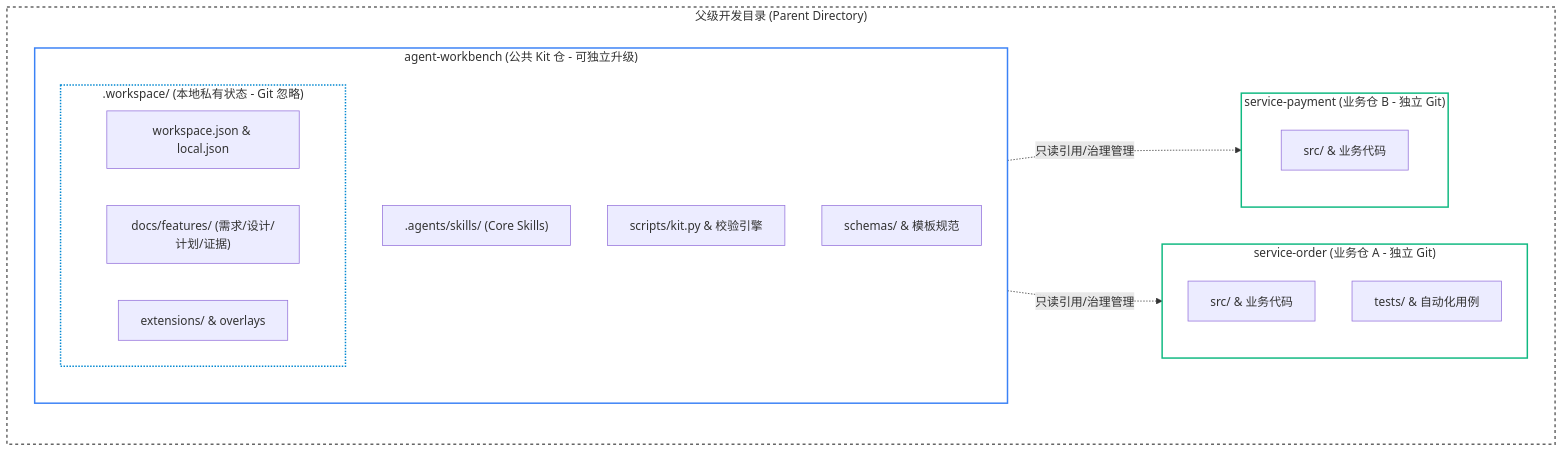
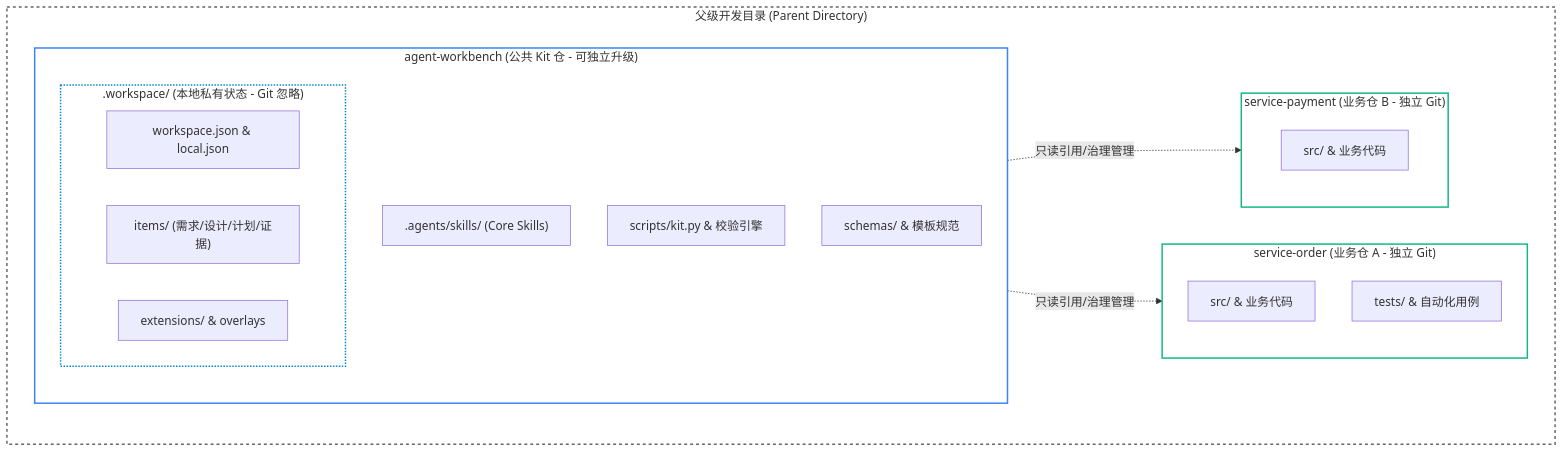
One commit to sandy-hmb/agent-workbench changed the diagram in docs/getting-started.md. Above: the diagram before and after it, drawn with Mermaid. The commit also changed other lines of this file and 227 other files, not shown here.

````diff
--- a/docs/getting-started.md
+++ b/docs/getting-started.md
@@ -7,33 +7,33 @@
 ```mermaid
 graph TD
     subgraph ParentWorkspace ["父级开发目录 (Parent Directory)"]
         subgraph KitRepo ["agent-workbench (公共 Kit 仓 - 可独立升级)"]
             CoreSkills[".agents/skills/ (Core Skills)"]
             Scripts["scripts/kit.py & 校验引擎"]
             Schemas["schemas/ & 模板规范"]
             subgraph DotWorkspace [".workspace/ (本地私有状态 - Git 忽略)"]
                 WSConfig["workspace.json & local.json"]
-                WSFeatures["docs/features/ (需求/设计/计划/证据)"]
+                WSWorkItems["items/ (需求/设计/计划/证据)"]
                 WSExt["extensions/ & overlays"]
             end
         end
 
         subgraph BizRepo1 ["service-order (业务仓 A - 独立 Git)"]
             SrcA["src/ & 业务代码"]
             TestsA["tests/ & 自动化用例"]
         end
 
         subgraph BizRepo2 ["service-payment (业务仓 B - 独立 Git)"]
             SrcB["src/ & 业务代码"]
         end
     end
 
     KitRepo -.->|只读引用/治理管理| BizRepo1
     KitRepo -.->|只读引用/治理管理| BizRepo2
 
     style ParentWorkspace fill:none,stroke:#666,stroke-width:2px,stroke-dasharray: 4 4
     style KitRepo fill:none,stroke:#3b82f6,stroke-width:2px
     style DotWorkspace fill:none,stroke:#0288d1,stroke-width:2px,stroke-dasharray: 2 2
     style BizRepo1 fill:none,stroke:#10b981,stroke-width:2px
     style BizRepo2 fill:none,stroke:#10b981,stroke-width:2px
 ```
````
